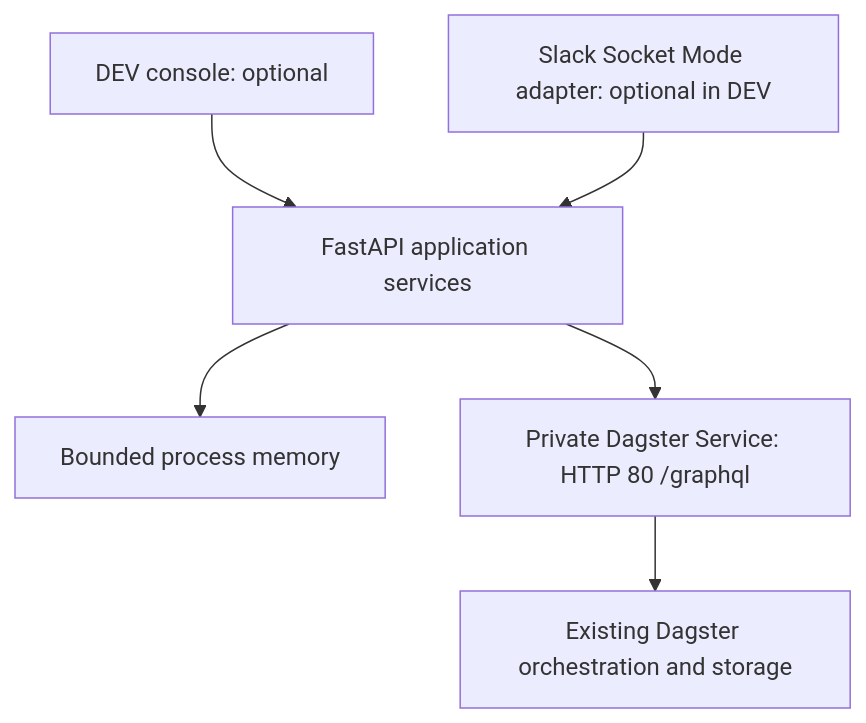
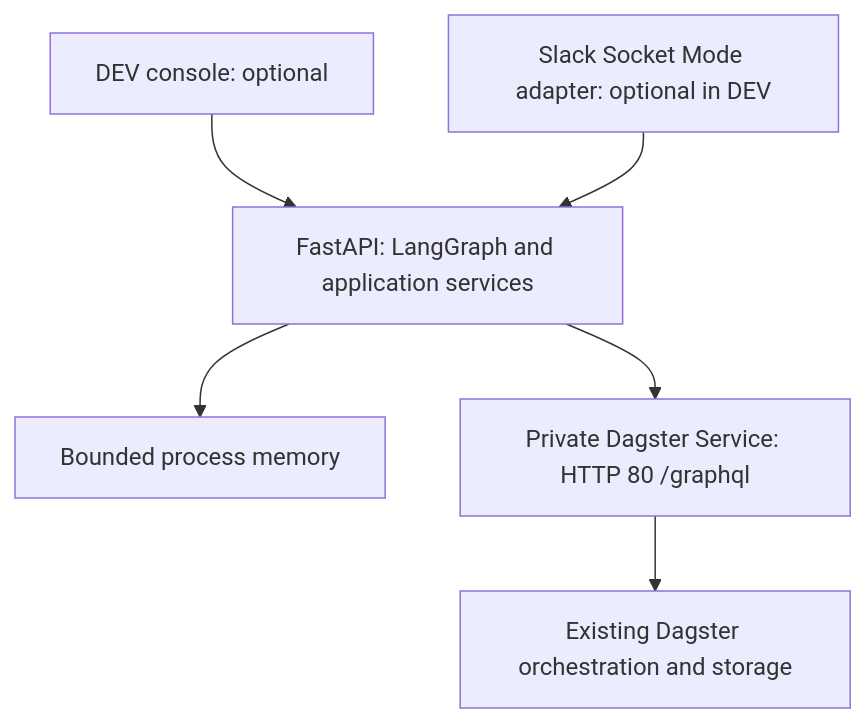
The first of 2 diagrams in openspec/changes/add-dagster-slackbot/design.md (raiaman15/slackbot), drawn with Mermaid before and after one commit. The commit also changed other lines of this file and 8 other files, not shown here.

````diff
--- a/openspec/changes/add-dagster-slackbot/design.md
+++ b/openspec/changes/add-dagster-slackbot/design.md
@@ -19,8 +19,8 @@
 ```mermaid
 flowchart TD
-  U["DEV console: optional"] --> A["FastAPI application services"]
+  U["DEV console: optional"] --> A["FastAPI: LangGraph and application services"]
   S["Slack Socket Mode adapter: optional in DEV"] --> A
   A --> M["Bounded process memory"]
   A --> D["Private Dagster Service: HTTP 80 /graphql"]
   D --> R["Existing Dagster orchestration and storage"]
 ```
````
